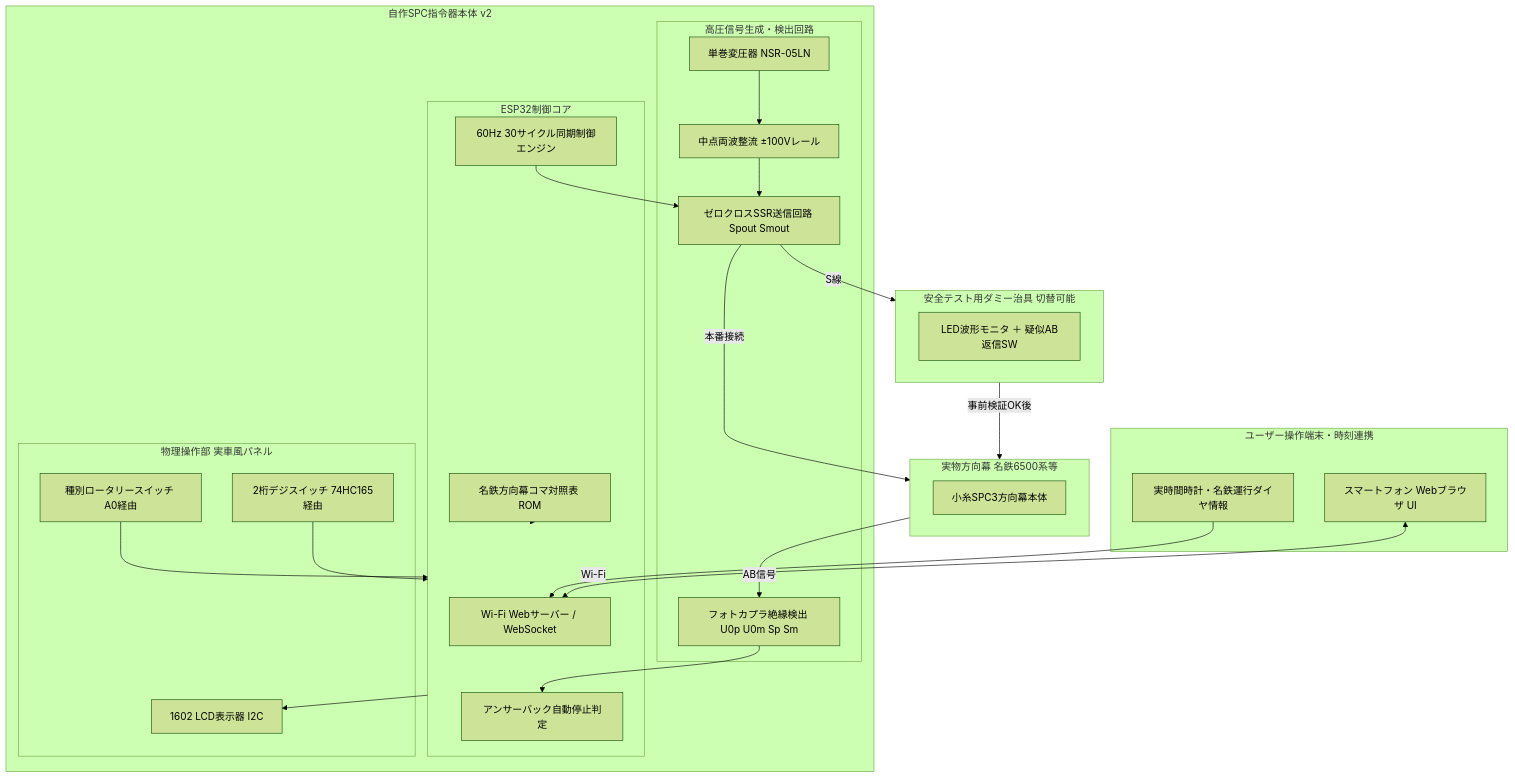
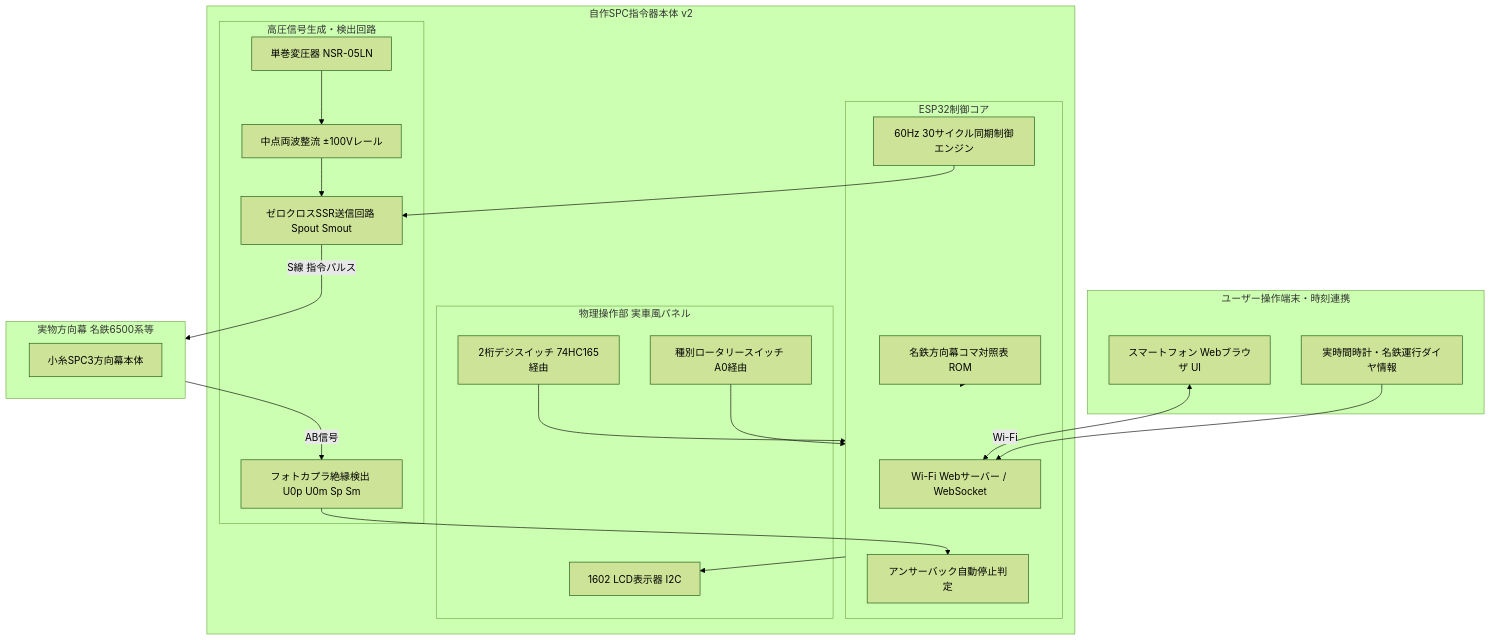
One commit to sururu-k/SPCDirectionCurtain changed the seventh of 7 diagrams in plan/circuit_design.md. Above: the diagram before and after it, drawn with Mermaid (forest theme). The commit also changed other lines of this file and 10 other files, not shown here.

Commit message:
feat: deploy rich mock rollsign simulator for GitHub Pages and remove dummy jig

````diff
--- a/plan/circuit_design.md
+++ b/plan/circuit_design.md
@@ -405,54 +405,48 @@
 ```mermaid
 flowchart TD
     subgraph CLOUD_CLIENT["ユーザー操作端末・時刻連携"]
         SMARTPHONE["スマートフォン Webブラウザ UI"]
         LOCAL_TIME["実時間時計・名鉄運行ダイヤ情報"]
     end
 
     subgraph MAIN_UNIT["自作SPC指令器本体 v2"]
         subgraph ESP32_SUB["ESP32制御コア"]
             WIFI_AP["Wi-Fi Webサーバー / WebSocket"]
             ROM_DB["名鉄方向幕コマ対照表 ROM"]
             TIMER_ENG["60Hz 30サイクル同期制御エンジン"]
             AB_LOGIC["アンサーバック自動停止判定"]
         end
 
         subgraph FRONT_PANEL["物理操作部 実車風パネル"]
             BCD_SW["2桁デジスイッチ 74HC165経由"]
             KIND_SW["種別ロータリースイッチ A0経由"]
             STATUS_LCD["1602 LCD表示器 I2C"]
         end
 
         subgraph SPC_POWER_STAGE["高圧信号生成・検出回路"]
             XFR_UNIT["単巻変圧器 NSR-05LN"]
             FULL_RECT["中点両波整流 ±100Vレール"]
             TRIAC_SSR["ゼロクロスSSR送信回路 Spout Smout"]
             OPTO_DET["フォトカプラ絶縁検出 U0p U0m Sp Sm"]
         end
     end
 
-    subgraph TEST_JIG["安全テスト用ダミー治具 切替可能"]
-        DUMMY_UNIT["LED波形モニタ ＋ 疑似AB返信SW"]
-    end
-
     subgraph REAL_ROLLSIGN["実物方向幕 名鉄6500系等"]
         ROLL_BODY["小糸SPC3方向幕本体"]
     end
 
     SMARTPHONE <-->|Wi-Fi| WIFI_AP
     LOCAL_TIME --> WIFI_AP
     BCD_SW --> ESP32_SUB
     KIND_SW --> ESP32_SUB
     ESP32_SUB --> STATUS_LCD
     ROM_DB --> ESP32_SUB
 
     TIMER_ENG --> TRIAC_SSR
     XFR_UNIT --> FULL_RECT
     FULL_RECT --> TRIAC_SSR
     OPTO_DET --> AB_LOGIC
 
-    TRIAC_SSR -->|S線| TEST_JIG
-    TEST_JIG -->|事前検証OK後| REAL_ROLLSIGN
-    TRIAC_SSR -->|本番接続| REAL_ROLLSIGN
+    TRIAC_SSR -->|S線 指令パルス| REAL_ROLLSIGN
     REAL_ROLLSIGN -->|AB信号| OPTO_DET
 ```
````
